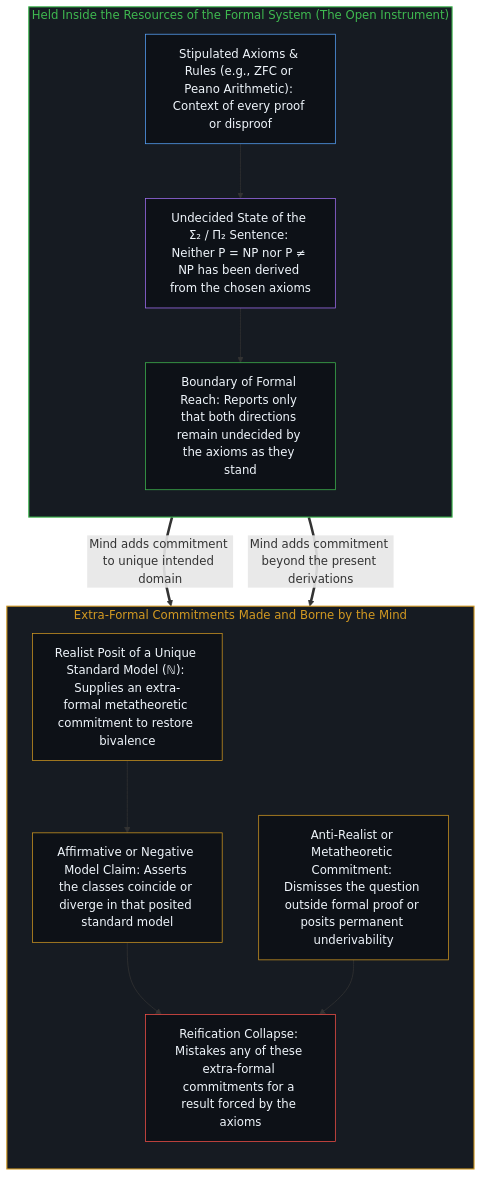
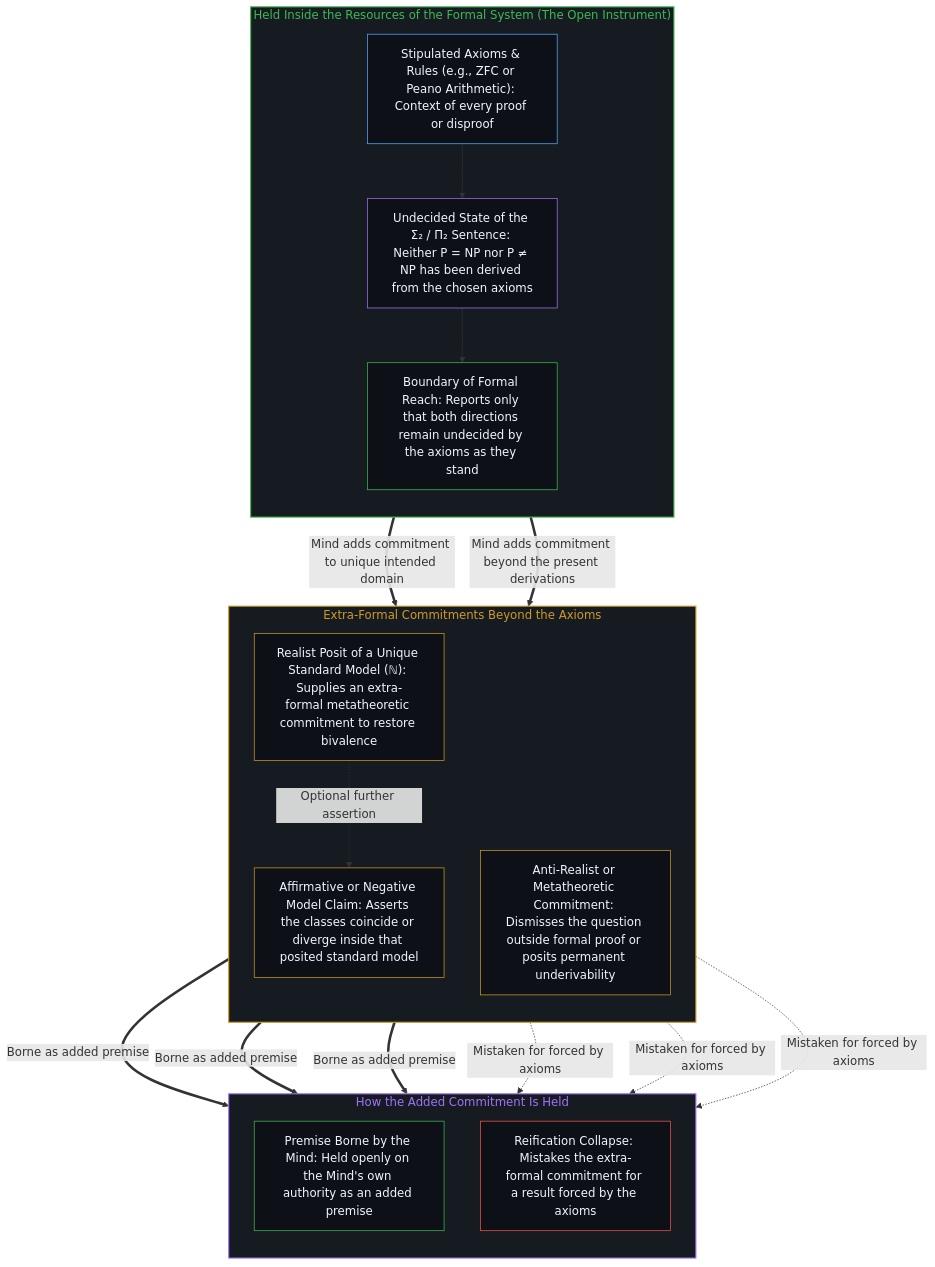
Before and after one commit to powerpig99/not-a-toe: the fourth of 4 diagrams in content/posts/on-the-boundaries-of-what-can-be-said-about-p-and-np.md, drawn with Mermaid. The commit also changed other lines of this file and 4 other files, not shown here.

````diff
--- a/content/posts/on-the-boundaries-of-what-can-be-said-about-p-and-np.md
+++ b/content/posts/on-the-boundaries-of-what-can-be-said-about-p-and-np.md
@@ -117,31 +127,41 @@
 ```mermaid
 flowchart TD
     subgraph S_Formal["Held Inside the Resources of the Formal System (The Open Instrument)"]
         direction TB
         Ax["Stipulated Axioms & Rules (e.g., ZFC or Peano Arithmetic): Context of every proof or disproof"]
         Ind["Undecided State of the Σ₂ / Π₂ Sentence: Neither P = NP nor P ≠ NP has been derived from the chosen axioms"]
         Bound["Boundary of Formal Reach: Reports only that both directions remain undecided by the axioms as they stand"]
         Ax --> Ind --> Bound
     end
-    subgraph S_Depart["Extra-Formal Commitments Made and Borne by the Mind"]
+    subgraph S_Depart["Extra-Formal Commitments Beyond the Axioms"]
         direction TB
         Posit["Realist Posit of a Unique Standard Model (ℕ): Supplies an extra-formal metatheoretic commitment to restore bivalence"]
-        Claim1["Affirmative or Negative Model Claim: Asserts the classes coincide or diverge in that posited standard model"]
+        Claim1["Affirmative or Negative Model Claim: Asserts the classes coincide or diverge inside that posited standard model"]
         Claim2["Anti-Realist or Metatheoretic Commitment: Dismisses the question outside formal proof or posits permanent underivability"]
-        Collapse["Reification Collapse: Mistakes any of these extra-formal commitments for a result forced by the axioms"]
-        Posit --> Claim1
-        Claim1 --> Collapse
-        Claim2 --> Collapse
+        Posit -.->|"Optional further assertion"| Claim1
+    end
+    subgraph S_Stance["How the Added Commitment Is Held"]
+        direction TB
+        Borne["Premise Borne by the Mind: Held openly on the Mind's own authority as an added premise"]
+        Collapse["Reification Collapse: Mistakes the extra-formal commitment for a result forced by the axioms"]
     end
     Bound ==>|"Mind adds commitment to unique intended domain"| Posit
     Bound ==>|"Mind adds commitment beyond the present derivations"| Claim2
+    Posit ==>|"Borne as added premise"| Borne
+    Claim1 ==>|"Borne as added premise"| Borne
+    Claim2 ==>|"Borne as added premise"| Borne
+    Posit -.->|"Mistaken for forced by axioms"| Collapse
+    Claim1 -.->|"Mistaken for forced by axioms"| Collapse
+    Claim2 -.->|"Mistaken for forced by axioms"| Collapse
     style S_Formal fill:#161b22,stroke:#3fb950,stroke-width:1.5px,color:#3fb950
     style S_Depart fill:#161b22,stroke:#d29922,stroke-width:1.5px,color:#d29922
+    style S_Stance fill:#161b22,stroke:#a371f7,stroke-width:1.5px,color:#a371f7
     style Ax fill:#0d1117,stroke:#58a6ff,stroke-width:1px,color:#f0f6fc
     style Ind fill:#0d1117,stroke:#a371f7,stroke-width:1px,color:#f0f6fc
     style Bound fill:#0d1117,stroke:#3fb950,stroke-width:1px,color:#f0f6fc
     style Posit fill:#0d1117,stroke:#d29922,stroke-width:1px,color:#f0f6fc
     style Claim1 fill:#0d1117,stroke:#d29922,stroke-width:1px,color:#f0f6fc
     style Claim2 fill:#0d1117,stroke:#d29922,stroke-width:1px,color:#f0f6fc
+    style Borne fill:#0d1117,stroke:#3fb950,stroke-width:1px,color:#f0f6fc
     style Collapse fill:#0d1117,stroke:#f85149,stroke-width:1px,color:#f0f6fc
 ```
````
